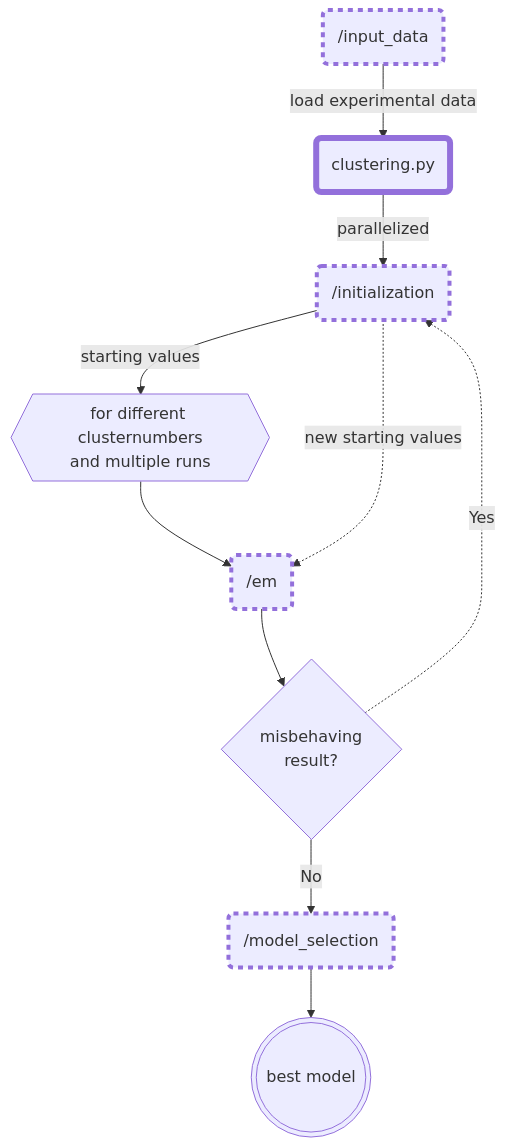
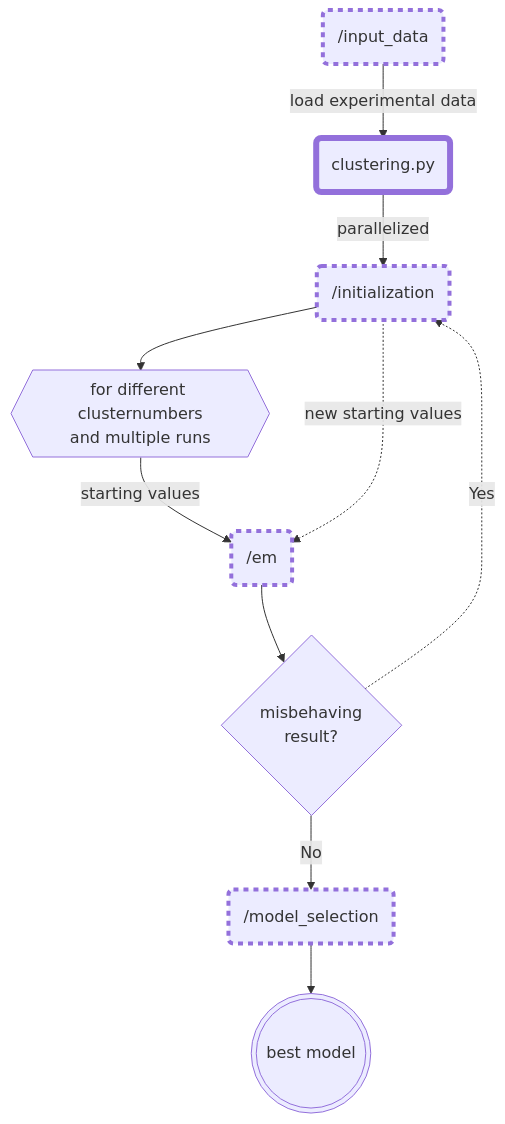
One commit to Habiger/Cluster_TDDS changed the diagram in README.md. Above: the diagram before and after it, drawn with Mermaid.

````diff
--- a/README.md
+++ b/README.md
@@ -46,18 +46,18 @@
 ```mermaid
 flowchart TD
     A(/input_data) -- load experimental data --> J(clustering.py)
     J -- parallelized --> B(/initialization)
-    B -- starting values --> H{{for different clusternumbers\nand multiple runs}}
-    H --> C(/em)
+    B --> H{{for different clusternumbers\nand multiple runs}}
+    H -- starting values --> C(/em)
     B-. new starting values .-> C
     C --> G{misbehaving\nresult?}
     G-. Yes .-> B
     G -- No --> D(/model_selection)
     D --> E(((best model)))
     
     style J stroke-width:6px
     style B stroke-width:4px,stroke-dasharray: 5 5
     style A stroke-width:4px,stroke-dasharray: 5 5
     style D stroke-width:4px,stroke-dasharray: 5 5
     style C stroke-width:4px,stroke-dasharray: 5 5
 ```
````
